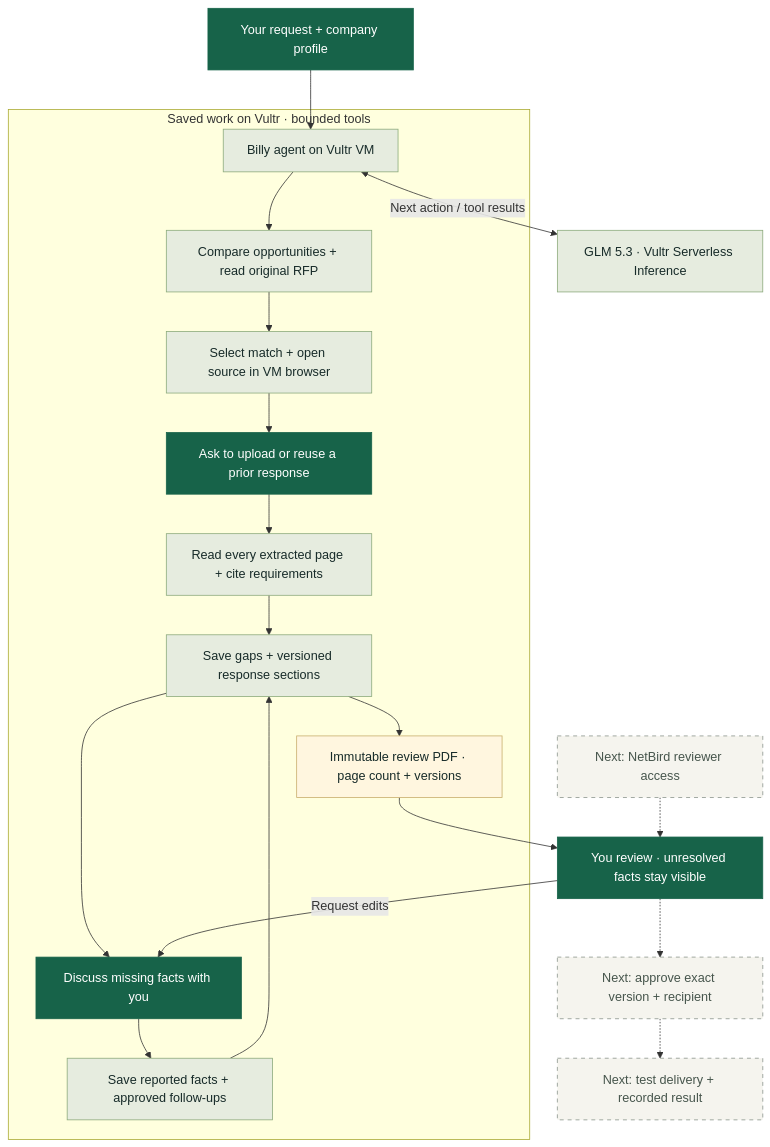
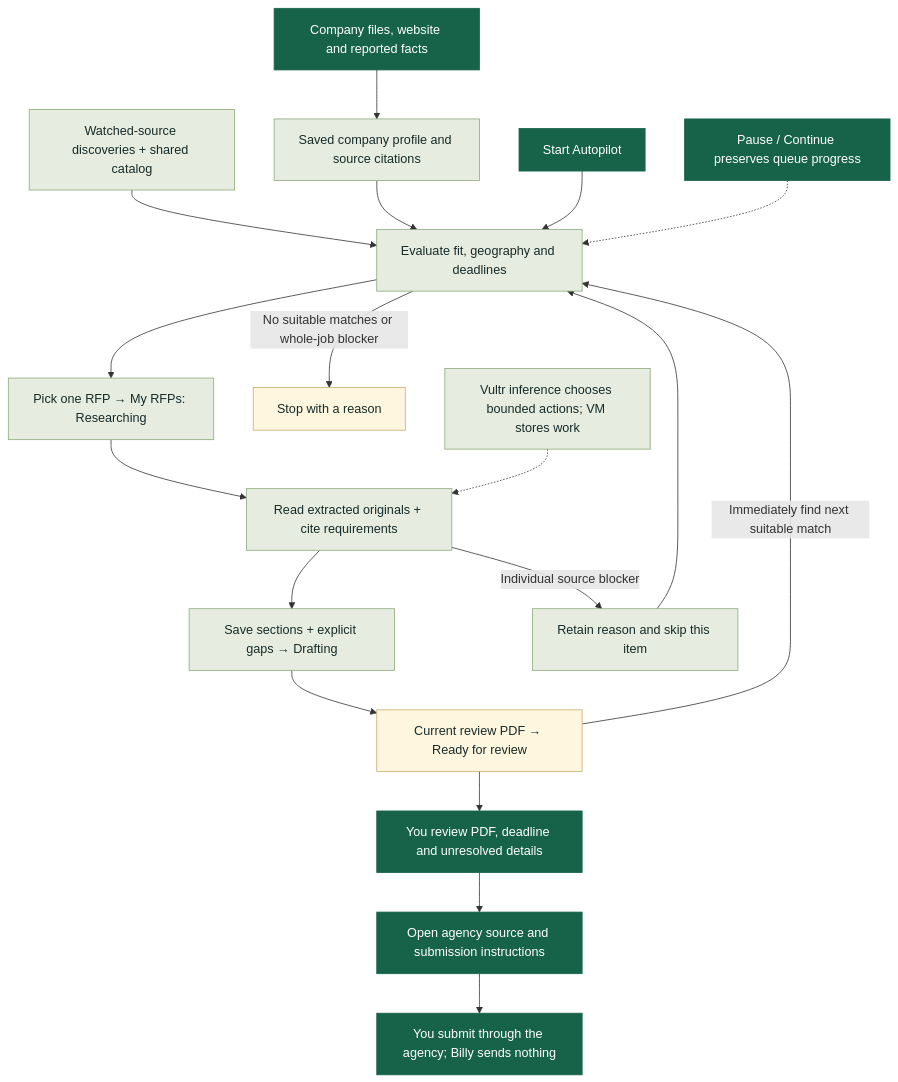
The diagram in site/assets/workflow.mmd (yveshughes/rfp-agent), drawn with Mermaid before and after one commit. The commit also changed 11 other files, not shown here.

```diff
--- a/site/assets/workflow.mmd
+++ b/site/assets/workflow.mmd
@@ -1,29 +1,26 @@
 flowchart TD
-    accTitle: Billy's live-tested workflow and remaining delivery integration
-    accDescr: GLM 5.3 through Vultr Serverless Inference selects bounded tools on the Vultr VM. The tested flow reads company facts, chooses an RFP, reads all extracted proposal pages, saves cited gaps and drafts, and generates an immutable review PDF. NetBird access and approval-bound delivery are planned.
-    A["Your request + company profile"] --> B["Billy agent on Vultr VM"]
-    B <-->|"Next action / tool results"| M["GLM 5.3 · Vultr Serverless Inference"]
-    subgraph V["Saved work on Vultr · bounded tools"]
-      B --> C["Compare opportunities + read original RFP"]
-      C --> D["Select match + open source in VM browser"]
-      D --> E["Ask to upload or reuse a prior response"]
-      E --> F["Read every extracted page + cite requirements"]
-      F --> G["Save gaps + versioned response sections"]
-      G --> H["Discuss missing facts with you"]
-      H --> I["Save reported facts + approved follow-ups"]
-      I --> G
-      G --> P["Immutable review PDF · page count + versions"]
-    end
-    P --> R["You review · unresolved facts stay visible"]
-    R -->|"Request edits"| H
-    N["Next: NetBird reviewer access"] -.-> R
-    R -.-> S["Next: approve exact version + recipient"]
-    S -.-> T["Next: test delivery + recorded result"]
+    accTitle: Billy's continuous preparation and human review workflow
+    accDescr: Company evidence and shared opportunities feed a sequential Autopilot queue on Vultr. Billy picks an RFP into My RFPs as Researching, saves cited requirements and drafts, exports a review PDF, and continues to the next suitable RFP without waiting for human review. The user reviews each response and follows agency submission instructions. Automated delivery is not connected.
+    A["Company files, website and reported facts"] --> B["Saved company profile and source citations"]
+    C["Watched-source discoveries + shared catalog"] --> D["Evaluate fit, geography and deadlines"]
+    B --> D
+    U["Start Autopilot"] --> D
+    D --> E["Pick one RFP → My RFPs: Researching"]
+    E --> F["Read extracted originals + cite requirements"]
+    F --> G["Save sections + explicit gaps → Drafting"]
+    G --> H["Current review PDF → Ready for review"]
+    H -->|"Immediately find next suitable match"| D
+    F -->|"Individual source blocker"| K["Retain reason and skip this item"]
+    K --> D
+    H --> R["You review PDF, deadline and unresolved details"]
+    R --> S["Open agency source and submission instructions"]
+    S --> T["You submit through the agency; Billy sends nothing"]
+    D -->|"No suitable matches or whole-job blocker"| X["Stop with a reason"]
+    P["Pause / Continue preserves queue progress"] -.-> D
+    M["Vultr inference chooses bounded actions; VM stores work"] -.-> F
     classDef work fill:#e6ecdf,stroke:#8caa7c,color:#172b29
     classDef human fill:#176349,stroke:#176349,color:#ffffff
     classDef output fill:#fff6df,stroke:#c8ad6d,color:#172b29
-    classDef planned fill:#f5f4ee,stroke:#89948b,color:#46554c,stroke-dasharray:5 5
-    class B,C,D,F,G,I,M work
-    class A,E,H,R human
-    class P output
-    class N,S,T planned
+    class B,C,D,E,F,G,K,M work
+    class A,U,R,S,T,P human
+    class H,X output
```
